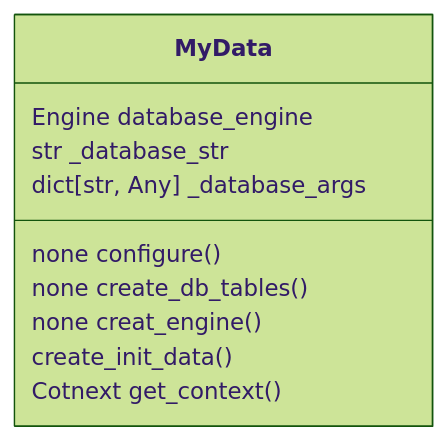
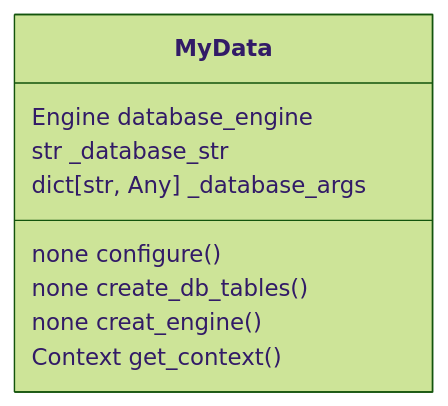
Before and after one commit to DarylStark/my_data: the first of 3 diagrams in docs/source/api_documentation/class_diagram.rst, drawn with Mermaid (forest theme). The commit also changed 5 other files, not shown here.

```diff
--- a/docs/source/api_documentation/class_diagram.rst
+++ b/docs/source/api_documentation/class_diagram.rst
@@ -11,14 +11,13 @@
 .. mermaid::
 
    classDiagram
 
    class MyData
 
    MyData: Engine database_engine
    MyData: str _database_str
    MyData: dict[str, Any] _database_args
    MyData: none configure()
    MyData: none create_db_tables()
    MyData: none creat_engine()
-   MyData: create_init_data()
-   MyData: Cotnext get_context()
+   MyData: Context get_context()
```
